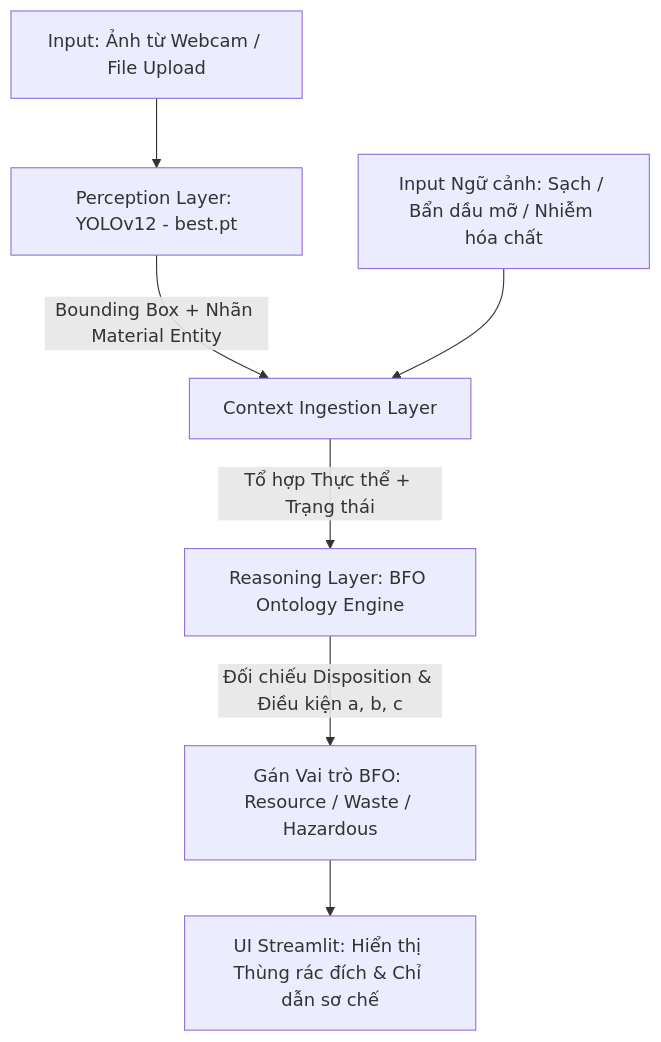
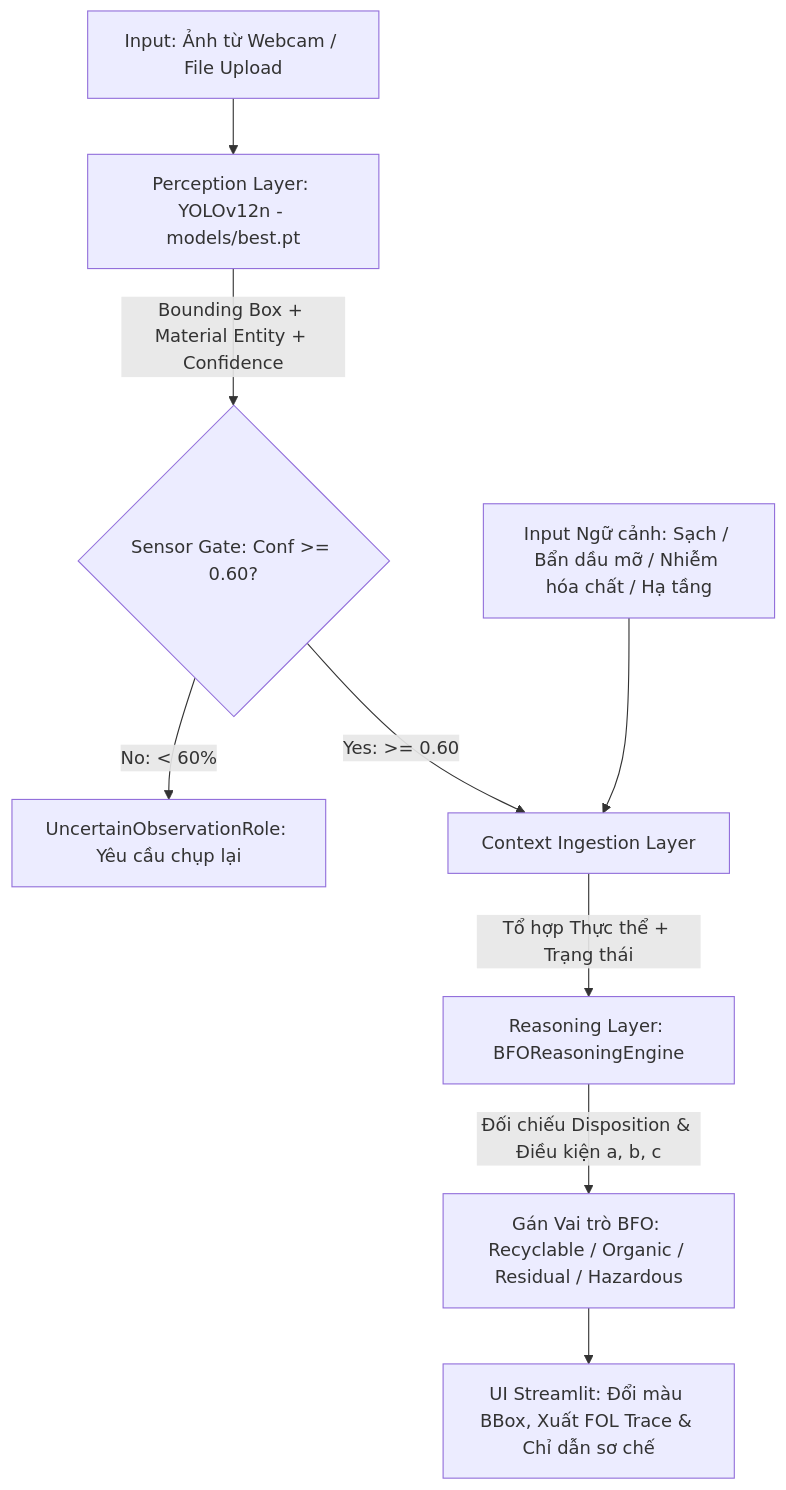
One commit to Cuongverse/Intro-to-AI-Project changed the diagram in README.md. Above: the diagram before and after it, drawn with Mermaid. The commit also changed other lines of this file and 2 other files, not shown here.

Commit message:
docs: update README and PROJECT_CONTEXT with experimental results and BFO architecture

````diff
--- a/README.md
+++ b/README.md
@@ -58,9 +61,11 @@
 ```mermaid
 flowchart TD
-    A[Input: Ảnh từ Webcam / File Upload] --> B[Perception Layer: YOLOv12 - best.pt]
-    B -->|Bounding Box + Nhãn Material Entity| C[Context Ingestion Layer]
-    D[Input Ngữ cảnh: Sạch / Bẩn dầu mỡ / Nhiễm hóa chất] --> C
-    C -->|Tổ hợp Thực thể + Trạng thái| E[Reasoning Layer: BFO Ontology Engine]
-    E -->|Đối chiếu Disposition & Điều kiện a, b, c| F[Gán Vai trò BFO: Resource / Waste / Hazardous]
-    F --> G[UI Streamlit: Hiển thị Thùng rác đích & Chỉ dẫn sơ chế]
+    A[Input: Ảnh từ Webcam / File Upload] --> B[Perception Layer: YOLOv12n - models/best.pt]
+    B -->|Bounding Box + Material Entity + Confidence| C{Sensor Gate: Conf >= 0.60?}
+    C -->|No: < 60%| U[UncertainObservationRole: Yêu cầu chụp lại]
+    C -->|Yes: >= 0.60| D[Context Ingestion Layer]
+    E[Input Ngữ cảnh: Sạch / Bẩn dầu mỡ / Nhiễm hóa chất / Hạ tầng] --> D
+    D -->|Tổ hợp Thực thể + Trạng thái| F[Reasoning Layer: BFOReasoningEngine]
+    F -->|Đối chiếu Disposition & Điều kiện a, b, c| G[Gán Vai trò BFO: Recyclable / Organic / Residual / Hazardous]
+    G --> H[UI Streamlit: Đổi màu BBox, Xuất FOL Trace & Chỉ dẫn sơ chế]
 ```
````
